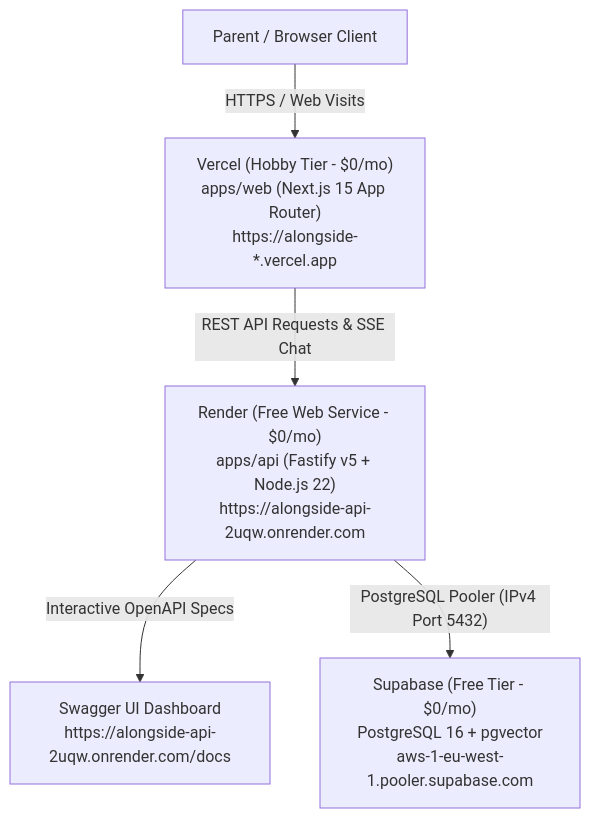
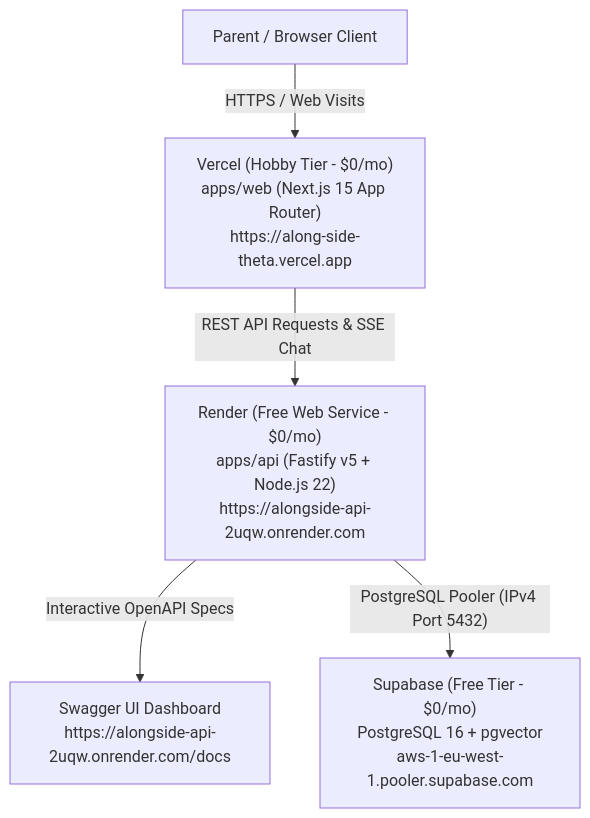
One commit to Souheil007/AlongSide changed the first of 2 diagrams in docs/deployment-guide.md. Above: the diagram before and after it, drawn with Mermaid. The commit also changed other lines of this file, not shown here.

````diff
--- a/docs/deployment-guide.md
+++ b/docs/deployment-guide.md
@@ -13,7 +13,7 @@
 ```mermaid
 graph TD
-    User["Parent / Browser Client"] -->|"HTTPS / Web Visits"| Vercel["Vercel (Hobby Tier - $0/mo)<br/>apps/web (Next.js 15 App Router)<br/>https://alongside-*.vercel.app"]
+    User["Parent / Browser Client"] -->|"HTTPS / Web Visits"| Vercel["Vercel (Hobby Tier - $0/mo)<br/>apps/web (Next.js 15 App Router)<br/>https://along-side-theta.vercel.app"]
     Vercel -->|"REST API Requests & SSE Chat"| Render["Render (Free Web Service - $0/mo)<br/>apps/api (Fastify v5 + Node.js 22)<br/>https://alongside-api-2uqw.onrender.com"]
     Render -->|"Interactive OpenAPI Specs"| Swagger["Swagger UI Dashboard<br/>https://alongside-api-2uqw.onrender.com/docs"]
     Render -->|"PostgreSQL Pooler (IPv4 Port 5432)"| Supabase["Supabase (Free Tier - $0/mo)<br/>PostgreSQL 16 + pgvector<br/>aws-1-eu-west-1.pooler.supabase.com"]
 ```
````
